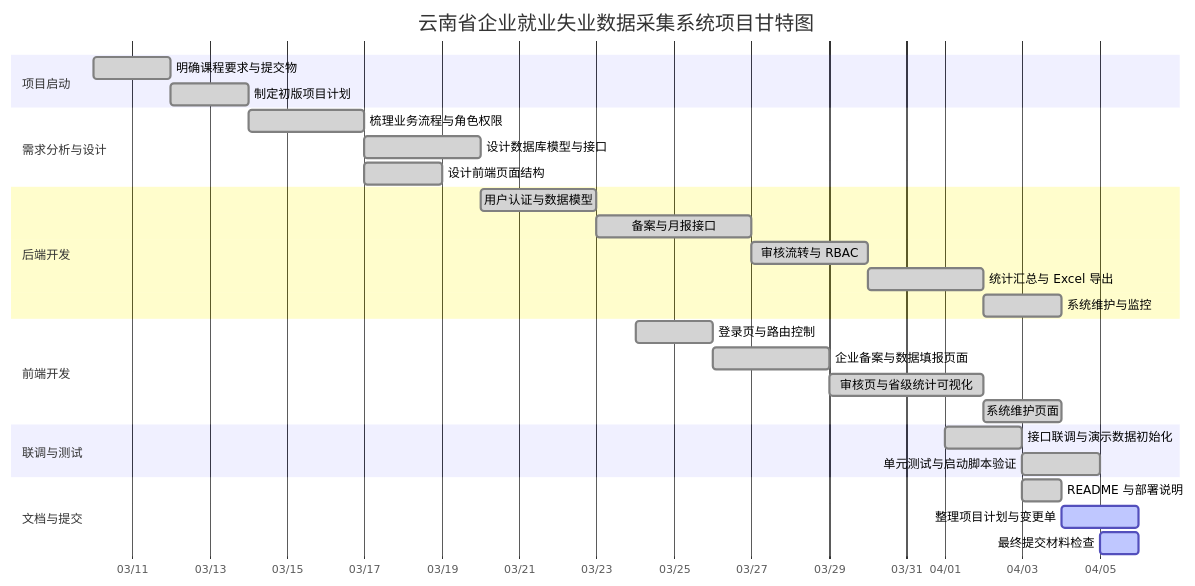
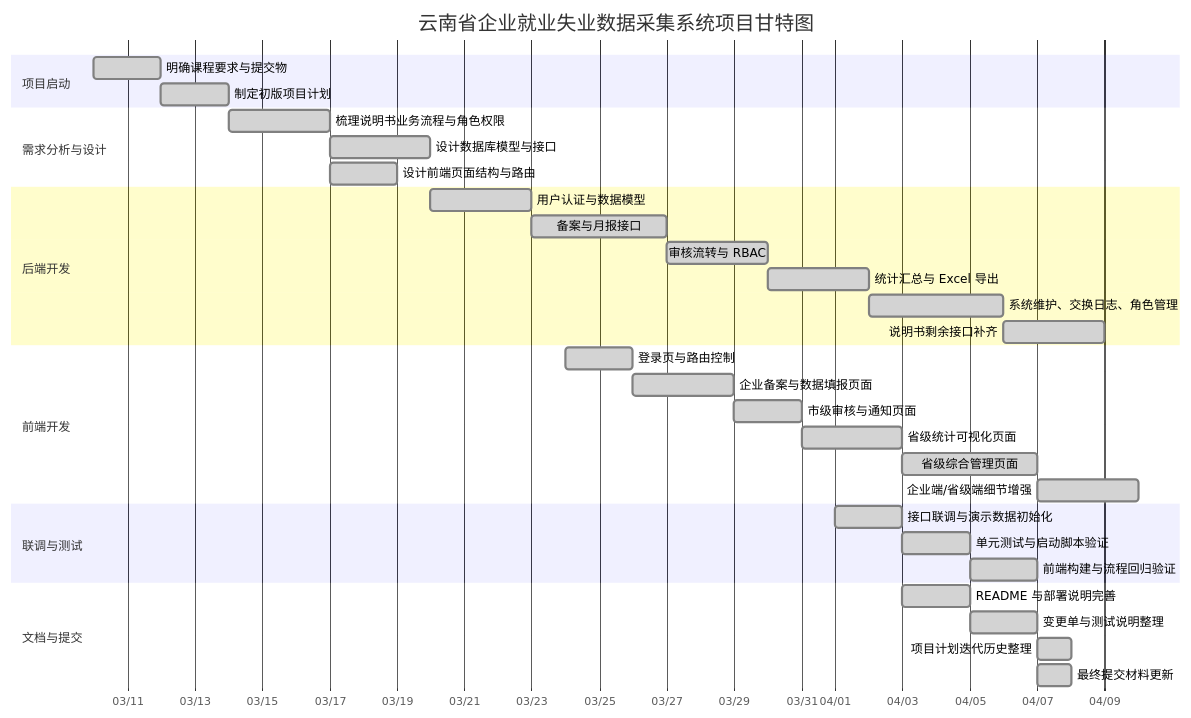
One commit to n0body-byte/yunnan-employment-data-collection-system changed the diagram in submission_materials/01_甘特图.md. Above: the diagram before and after it, drawn with Mermaid. The commit also changed other lines of this file and 11 other files, not shown here.

````diff
--- a/submission_materials/01_甘特图.md
+++ b/submission_materials/01_甘特图.md
@@ -3,37 +3,42 @@
 ```mermaid
 gantt
     title 云南省企业就业失业数据采集系统项目甘特图
     dateFormat  YYYY-MM-DD
     axisFormat  %m/%d
 
     section 项目启动
-    明确课程要求与提交物          :done, s1, 2026-03-10, 2d
-    制定初版项目计划              :done, s2, after s1, 2d
+    明确课程要求与提交物              :done, s1, 2026-03-10, 2d
+    制定初版项目计划                  :done, s2, after s1, 2d
 
     section 需求分析与设计
-    梳理业务流程与角色权限        :done, a1, 2026-03-14, 3d
-    设计数据库模型与接口          :done, a2, after a1, 3d
-    设计前端页面结构              :done, a3, after a1, 2d
+    梳理说明书业务流程与角色权限      :done, a1, 2026-03-14, 3d
+    设计数据库模型与接口              :done, a2, after a1, 3d
+    设计前端页面结构与路由            :done, a3, after a1, 2d
 
     section 后端开发
-    用户认证与数据模型            :done, b1, 2026-03-20, 3d
-    备案与月报接口                :done, b2, after b1, 4d
-    审核流转与 RBAC               :done, b3, after b2, 3d
-    统计汇总与 Excel 导出         :done, b4, after b3, 3d
-    系统维护与监控                :done, b5, after b4, 2d
+    用户认证与数据模型                :done, b1, 2026-03-20, 3d
+    备案与月报接口                    :done, b2, after b1, 4d
+    审核流转与 RBAC                   :done, b3, after b2, 3d
+    统计汇总与 Excel 导出             :done, b4, after b3, 3d
+    系统维护、交换日志、角色管理      :done, b5, after b4, 4d
+    说明书剩余接口补齐                :done, b6, after b5, 3d
 
     section 前端开发
-    登录页与路由控制              :done, c1, 2026-03-24, 2d
-    企业备案与数据填报页面        :done, c2, after c1, 3d
-    审核页与省级统计可视化        :done, c3, after c2, 4d
-    系统维护页面                  :done, c4, after c3, 2d
+    登录页与路由控制                  :done, c1, 2026-03-24, 2d
+    企业备案与数据填报页面            :done, c2, after c1, 3d
+    市级审核与通知页面                :done, c3, after c2, 2d
+    省级统计可视化页面                :done, c4, after c3, 3d
+    省级综合管理页面                  :done, c5, after c4, 4d
+    企业端/省级端细节增强             :done, c6, after c5, 3d
 
     section 联调与测试
-    接口联调与演示数据初始化      :done, d1, 2026-04-01, 2d
-    单元测试与启动脚本验证        :done, d2, after d1, 2d
+    接口联调与演示数据初始化          :done, d1, 2026-04-01, 2d
+    单元测试与启动脚本验证            :done, d2, after d1, 2d
+    前端构建与流程回归验证            :done, d3, after d2, 2d
 
     section 文档与提交
-    README 与部署说明             :done, e1, 2026-04-03, 1d
-    整理项目计划与变更单          :active, e2, 2026-04-04, 2d
-    最终提交材料检查              :active, e3, 2026-04-05, 1d
+    README 与部署说明完善             :done, e1, 2026-04-03, 2d
+    变更单与测试说明整理              :done, e2, after e1, 2d
+    项目计划迭代历史整理              :done, e3, after e2, 1d
+    最终提交材料更新                  :done, e4, 2026-04-07, 1d
 ```
````
